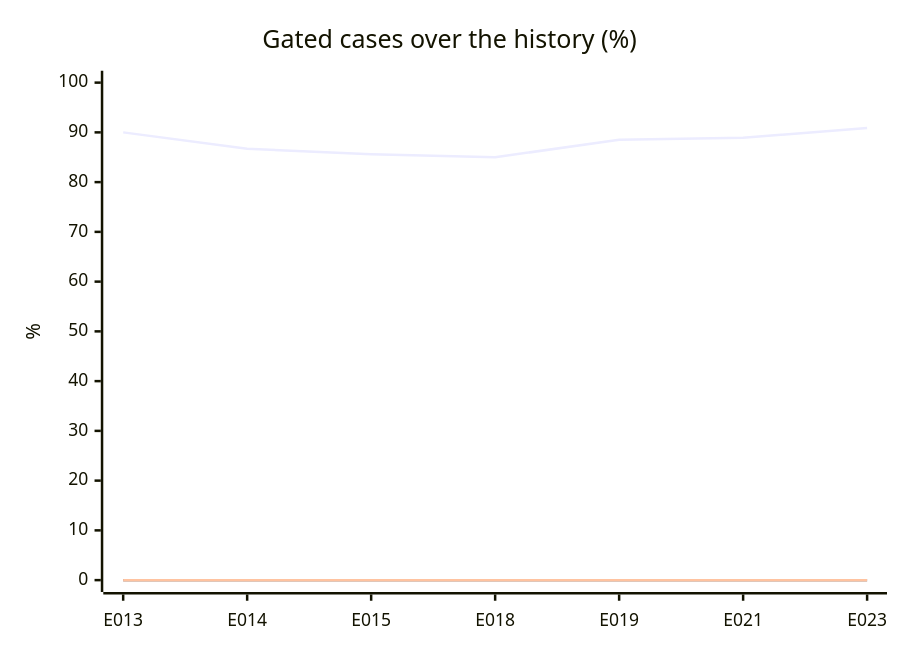
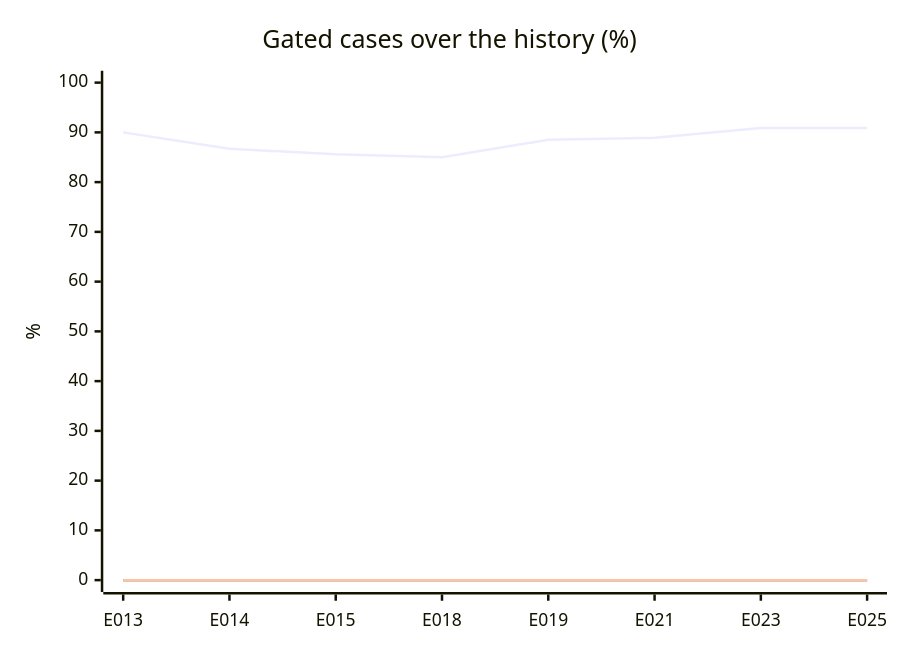
The first of 2 diagrams in evals/report.md (acarbonellb/anti-fraud-agent), drawn with Mermaid before and after one commit. The commit also changed other lines of this file and 2 other files, not shown here.

````diff
--- a/evals/report.md
+++ b/evals/report.md
@@ -50,9 +51,9 @@
 ```mermaid
 xychart-beta
   title "Gated cases over the history (%)"
-  x-axis [E013, E014, E015, E018, E019, E021, E023]
+  x-axis [E013, E014, E015, E018, E019, E021, E023, E025]
   y-axis "%" 0 --> 100
-  line [90, 86.7, 85.6, 85, 88.5, 88.9, 90.9]
-  line [0, 0, 0, 0, 0, 0, 0]
-  line [0, 0, 0, 0, 0, 0, 0]
+  line [90, 86.7, 85.6, 85, 88.5, 88.9, 90.9, 90.9]
+  line [0, 0, 0, 0, 0, 0, 0, 0]
+  line [0, 0, 0, 0, 0, 0, 0, 0]
 ```
````
